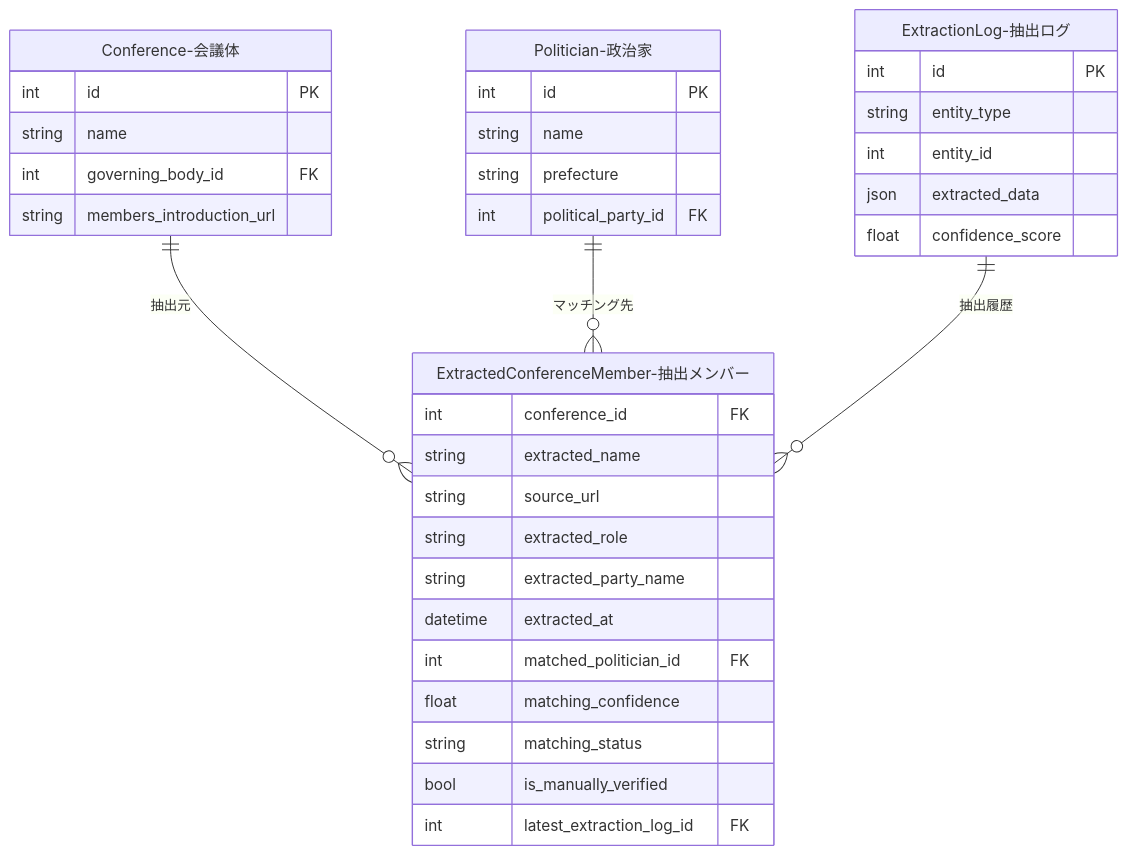
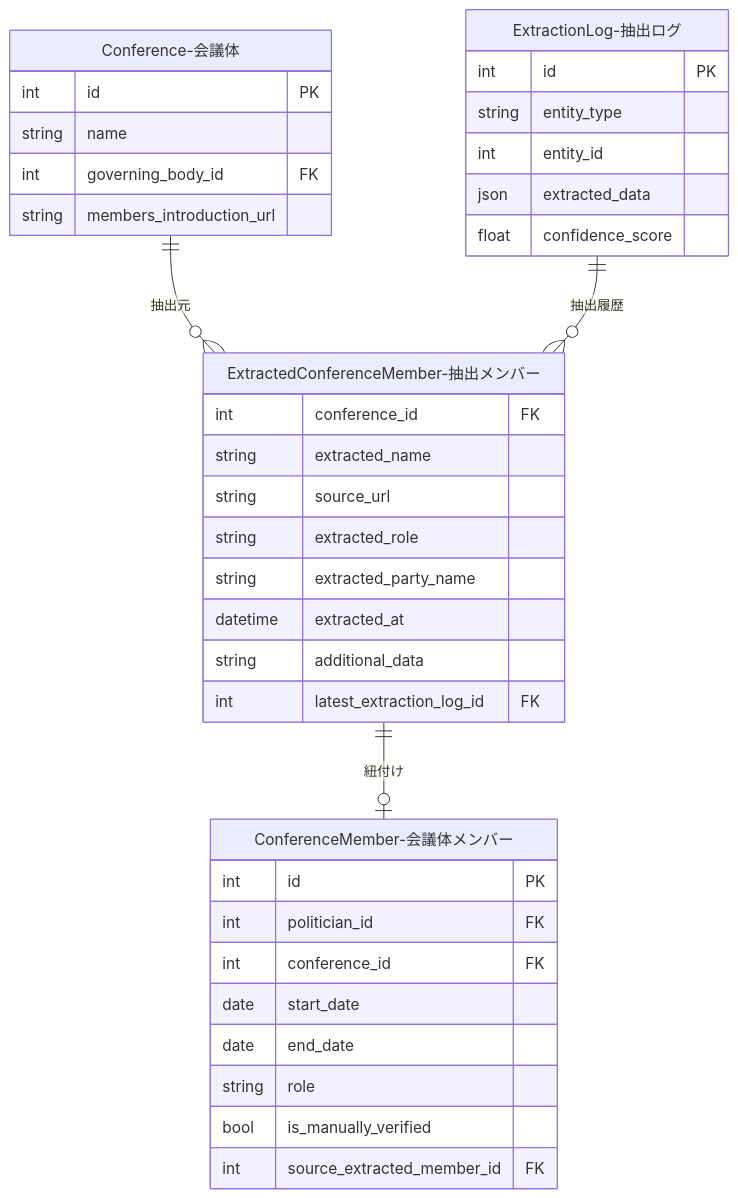
One commit to sage-base/corporation-docs changed the third of 3 diagrams in docs/development/llm-processing/conference-member-extraction.md. Above: the diagram before and after it, drawn with Mermaid. The commit also changed other lines of this file and 3 other files, not shown here.

````diff
--- a/docs/development/llm-processing/conference-member-extraction.md
+++ b/docs/development/llm-processing/conference-member-extraction.md
@@ -122,42 +117,43 @@
 ```mermaid
 erDiagram
     Conference-会議体 ||--o{ ExtractedConferenceMember-抽出メンバー : "抽出元"
-    Politician-政治家 ||--o{ ExtractedConferenceMember-抽出メンバー : "マッチング先"
     ExtractionLog-抽出ログ ||--o{ ExtractedConferenceMember-抽出メンバー : "抽出履歴"
+    ExtractedConferenceMember-抽出メンバー ||--o| ConferenceMember-会議体メンバー : "紐付け"
 
     ExtractedConferenceMember-抽出メンバー {
         int conference_id FK
         string extracted_name
         string source_url
         string extracted_role
         string extracted_party_name
         datetime extracted_at
-        int matched_politician_id FK
-        float matching_confidence
-        string matching_status
+        string additional_data
+        int latest_extraction_log_id FK
+    }
+
+    ConferenceMember-会議体メンバー {
+        int id PK
+        int politician_id FK
+        int conference_id FK
+        date start_date
+        date end_date
+        string role
         bool is_manually_verified
-        int latest_extraction_log_id FK
+        int source_extracted_member_id FK
     }
 
     Conference-会議体 {
         int id PK
         string name
         int governing_body_id FK
         string members_introduction_url
-    }
-
-    Politician-政治家 {
-        int id PK
-        string name
-        string prefecture
-        int political_party_id FK
     }
 
     ExtractionLog-抽出ログ {
         int id PK
         string entity_type
         int entity_id
         json extracted_data
         float confidence_score
     }
 ```
````
